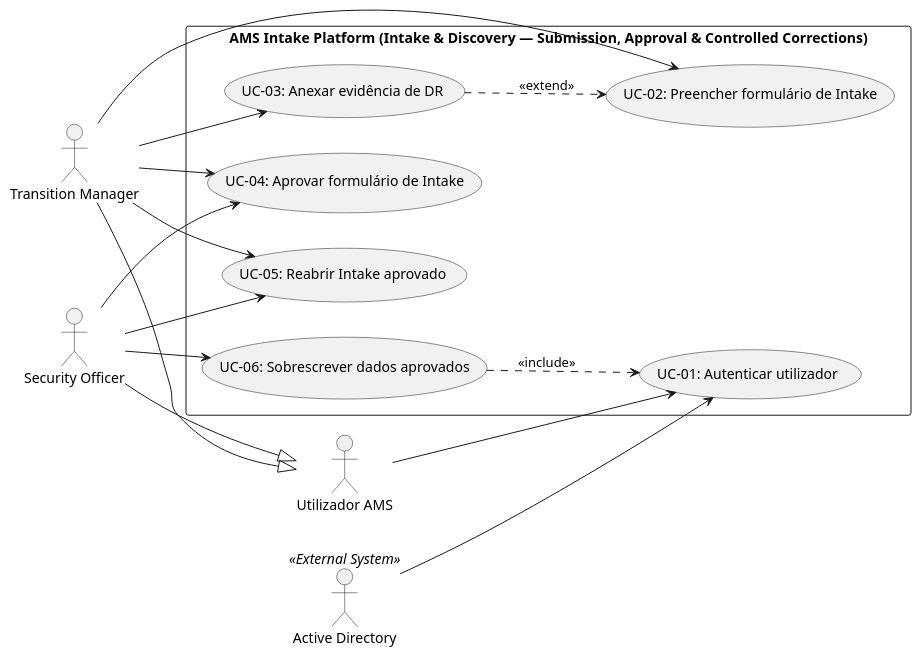
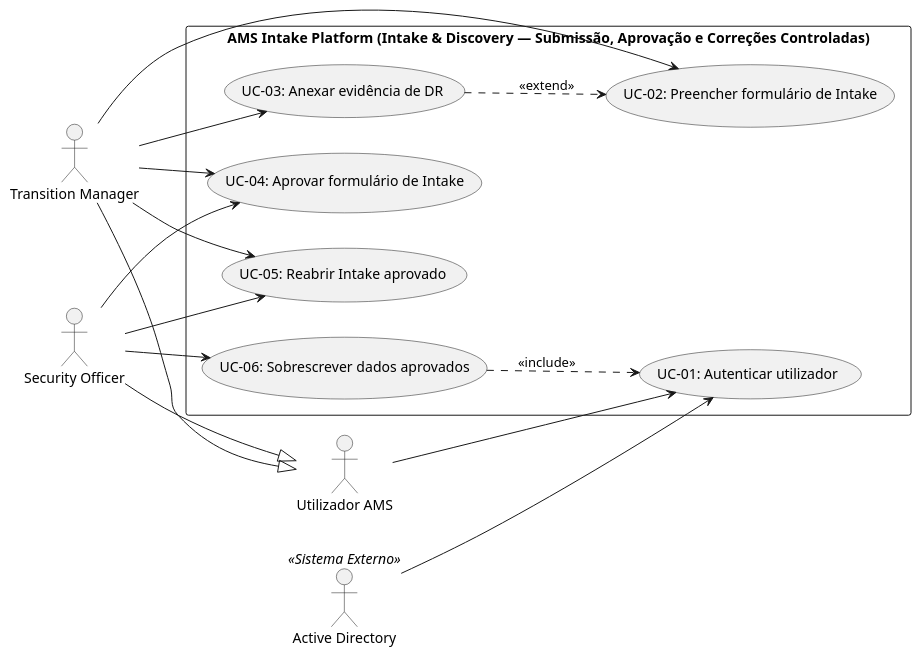
Before and after one commit to Duarte-Verissimo/ert-duarte-off: the diagram in docs/diagrams/use_case_diagram_v2.puml, drawn with PlantUML. The commit also changed 46 other files, not shown here.

```diff
--- a/docs/diagrams/use_case_diagram_v2.puml
+++ b/docs/diagrams/use_case_diagram_v2.puml
@@ -1,35 +1,35 @@
 @startuml
 left to right direction
 skinparam packageStyle rectangle
 
 actor "Utilizador AMS" as USER
 actor "Security Officer" as SO
 actor "Transition Manager" as TM
-actor "Active Directory" as AD <<External System>>
+actor "Active Directory" as AD <<Sistema Externo>>
 
 SO --|> USER
 TM --|> USER
 
-rectangle "AMS Intake Platform (Intake & Discovery — Submission, Approval & Controlled Corrections)" {
+rectangle "AMS Intake Platform (Intake & Discovery — Submissão, Aprovação e Correções Controladas)" {
   usecase "UC-01: Autenticar utilizador" as UC1
   usecase "UC-02: Preencher formulário de Intake" as UC2
   usecase "UC-03: Anexar evidência de DR" as UC3
   usecase "UC-04: Aprovar formulário de Intake" as UC4
   usecase "UC-05: Reabrir Intake aprovado" as UC5
   usecase "UC-06: Sobrescrever dados aprovados" as UC6
 }
 
 USER --> UC1
 AD --> UC1
 
 TM --> UC2
 TM --> UC3
 SO --> UC4
 TM --> UC4
 SO --> UC5
 TM --> UC5
 SO --> UC6
 
 UC3 ..> UC2 : <<extend>>
 UC6 ..> UC1 : <<include>>
 @enduml
```
